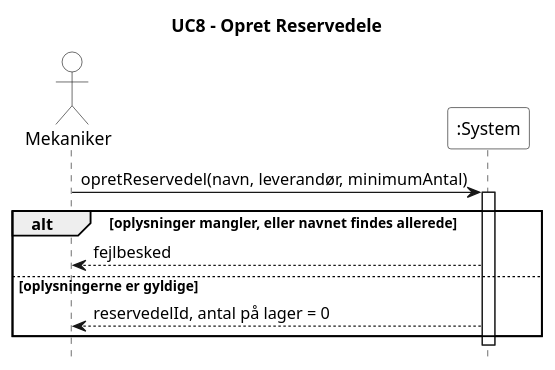
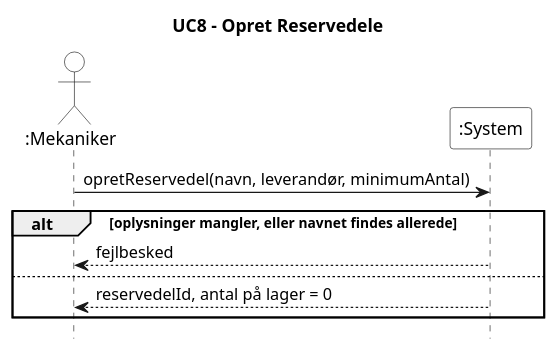
One commit to Zoabz/Getting-Real changed the diagram in 4. System Sekvens Diagram/UC8_opret_reservedele.puml. Above: the diagram before and after it, drawn with PlantUML. The commit also changed 8 other files, not shown here.

```diff
--- a/4. System Sekvens Diagram/UC8_opret_reservedele.puml
+++ b/4. System Sekvens Diagram/UC8_opret_reservedele.puml
@@ -1,25 +1,25 @@
 @startuml
 title UC8 - Opret Reservedele
 hide footbox
 skinparam monochrome true
 skinparam shadowing false
 skinparam backgroundColor white
 skinparam actor {
   BackgroundColor white
 }
 skinparam participant {
   BackgroundColor white
 }
 
-actor Mekaniker
+actor ":Mekaniker"
 participant ":System" as System
 
-Mekaniker -> System : opretReservedel(navn, leverandør, minimumAntal)
-activate System
+":Mekaniker" -> System : opretReservedel(navn, leverandør, minimumAntal)
+
 alt oplysninger mangler, eller navnet findes allerede
-  System --> Mekaniker : fejlbesked
-else oplysningerne er gyldige
-  System --> Mekaniker : reservedelId, antal på lager = 0
+  System --> ":Mekaniker" : fejlbesked
+else 
+  System --> ":Mekaniker" : reservedelId, antal på lager = 0
 end
-deactivate System
+
 @enduml
```
